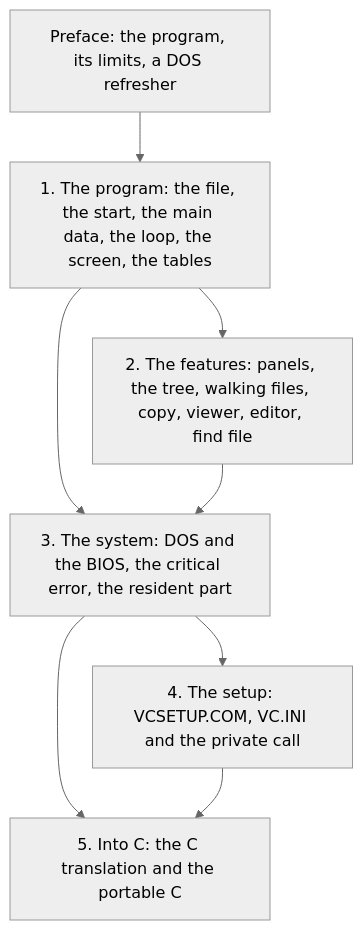
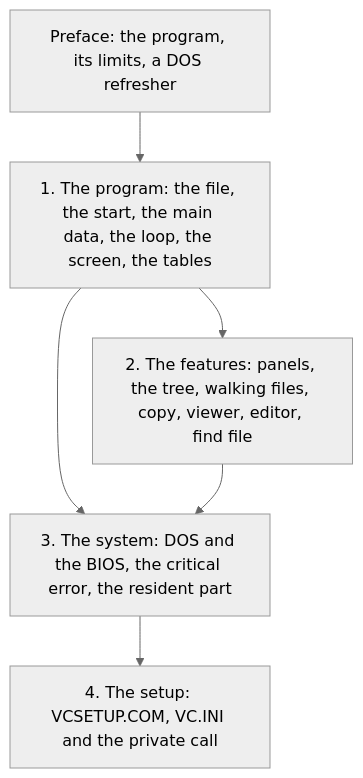
Before and after one commit to mmotorny/vibe_commander: the diagram in docs/design/00-preface.md, drawn with Mermaid (neutral theme). The commit also changed other lines of this file and 7 other files, not shown here.

````diff
--- a/docs/design/00-preface.md
+++ b/docs/design/00-preface.md
@@ -140,16 +139,13 @@
 ```mermaid
 graph TD
     P["Preface: the program, its limits, a DOS refresher"]
     C1["1. The program: the file, the start, the main data, the loop, the screen, the tables"]
     C2["2. The features: panels, the tree, walking files, copy, viewer, editor, find file"]
     C3["3. The system: DOS and the BIOS, the critical error, the resident part"]
     C4["4. The setup: VCSETUP.COM, VC.INI and the private call"]
-    C5["5. Into C: the C translation and the portable C"]
     P --> C1
     C1 --> C2
     C1 --> C3
     C2 --> C3
     C3 --> C4
-    C3 --> C5
-    C4 --> C5
 ```
````
